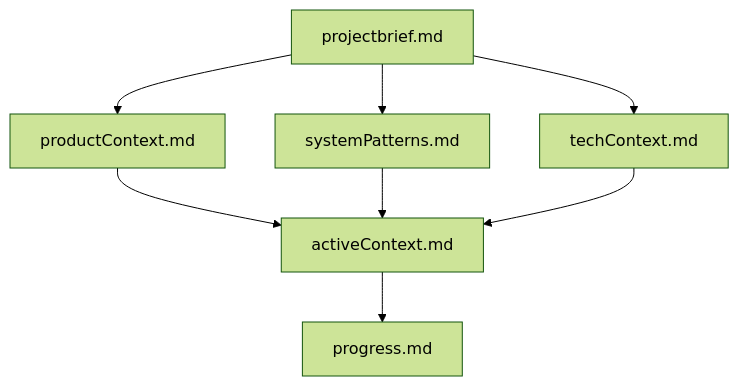
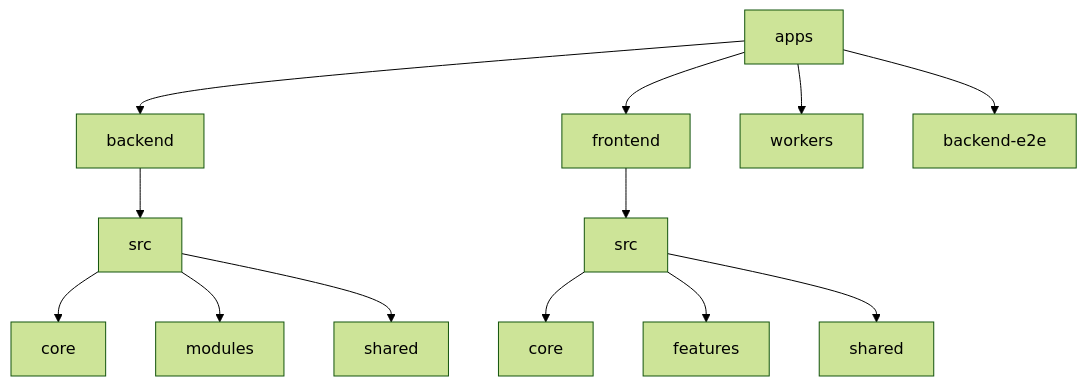
The diagram in PROJECT_STRUCTURE.md (briankaplan/fresh-expense-2), drawn with Mermaid (forest theme) before and after one commit. The commit also changed other lines of this file and 1592 other files, not shown here.

````diff
--- a/PROJECT_STRUCTURE.md
+++ b/PROJECT_STRUCTURE.md
@@ -5,12 +5,17 @@
 ```mermaid
 flowchart TD
-    PB[projectbrief.md] --> PC[productContext.md]
-    PB --> SP[systemPatterns.md]
-    PB --> TC[techContext.md]
+    A[apps] --> B[backend]
+    A --> C[frontend]
+    A --> D[workers]
+    A --> E[backend-e2e]
 
-    PC --> AC[activeContext.md]
-    SP --> AC
-    TC --> AC
+    B --> B1[src]
+    B1 --> B2[core]
+    B1 --> B3[modules]
+    B1 --> B4[shared]
 
-    AC --> P[progress.md]
+    C --> C1[src]
+    C1 --> C2[core]
+    C1 --> C3[features]
+    C1 --> C4[shared]
 ```
````
